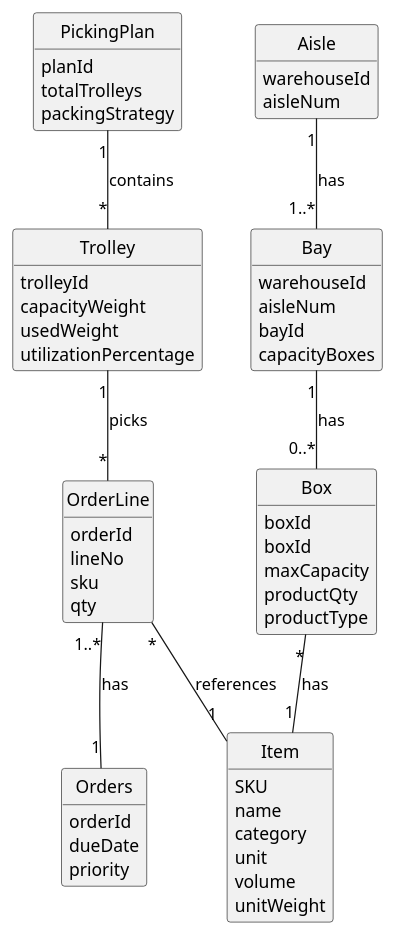
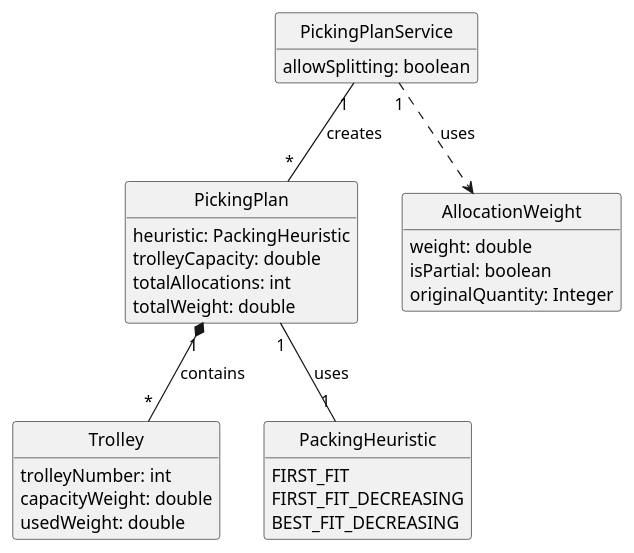
The diagram in doc/sprint-1/usei03/02.analysis/puml/USEI3-DM.puml (ivasduarte/logistics-on-rails), drawn with PlantUML before and after one commit. The commit also changed 1 other file, not shown here.

```diff
--- a/doc/sprint-1/usei03/02.analysis/puml/USEI3-DM.puml
+++ b/doc/sprint-1/usei03/02.analysis/puml/USEI3-DM.puml
@@ -1,72 +1,43 @@
 @startuml
 skinparam monochrome true
 skinparam packageStyle rectangle
 skinparam classAttributeIconSize 0
 
 hide circle
 hide methods
 
 class PickingPlan {
-    planId
-    totalTrolleys
-    packingStrategy
+    heuristic: PackingHeuristic
+    trolleyCapacity: double
+    totalAllocations: int
+    totalWeight: double
 }
 
 class Trolley {
-    trolleyId
-    capacityWeight
-    usedWeight
-    utilizationPercentage
+    trolleyNumber: int
+    capacityWeight: double
+    usedWeight: double
 }
 
-class Bay {
-    warehouseId
-    aisleNum
-    bayId
-    capacityBoxes
+class PickingPlanService {
+    allowSplitting: boolean
 }
 
-class Aisle {
-    warehouseId
-    aisleNum
+class AllocationWeight {
+    weight: double
+    isPartial: boolean
+    originalQuantity: Integer
 }
 
-class Box {
-    boxId
-    boxId
-    maxCapacity
-    productQty
-    productType
+enum PackingHeuristic {
+    FIRST_FIT
+    FIRST_FIT_DECREASING
+    BEST_FIT_DECREASING
 }
 
-class Item {
-    SKU
-    name
-    category
-    unit
-    volume
-    unitWeight
-}
-
-class OrderLine {
-    orderId
-    lineNo
-    sku
-    qty
-}
-
-class Orders {
-    orderId
-    dueDate
-    priority
-}
-
-PickingPlan "1" -- "*" Trolley : contains
-Trolley "1" -- "*" OrderLine : picks
-OrderLine "1..*" -- "1" Orders : has
-OrderLine "*" -- "1" Item : references
-Box "*" -- "1" Item : has
-Bay "1" -- "0..*" Box : has
-Aisle "1" -- "1..*" Bay : has
+PickingPlan "1" *-- "*" Trolley : contains
+PickingPlan "1" -- "1" PackingHeuristic : uses
+PickingPlanService "1" -- "*" PickingPlan : creates
+PickingPlanService "1" ..> AllocationWeight : uses
 
 @enduml
```
